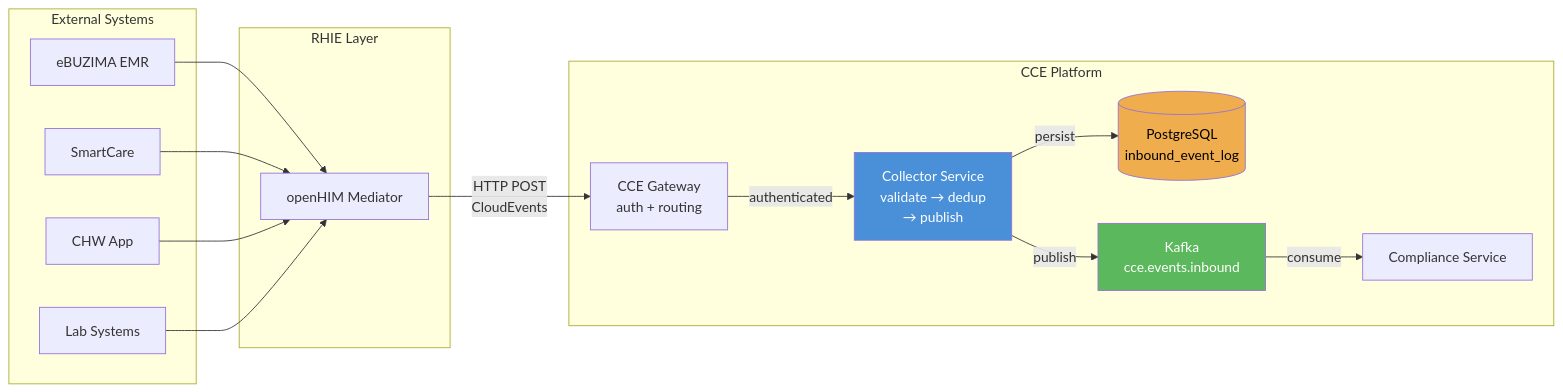
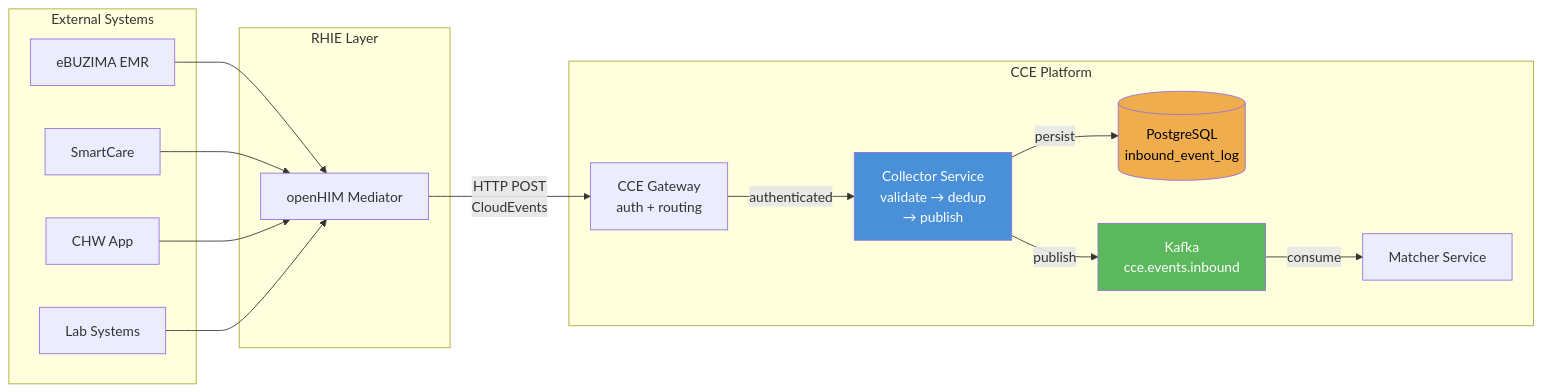
Before and after one commit to Jayaprakash8887/cce-collector-service: the fifth of 7 diagrams in docs/flow-diagrams.md, drawn with Mermaid. The commit also changed 4 other files, not shown here.

First line of the commit message:
Name the Matcher Service as the consumer of cce.events.inbound

````diff
--- a/docs/flow-diagrams.md
+++ b/docs/flow-diagrams.md
@@ -161,35 +161,35 @@
 ```mermaid
 flowchart LR
     subgraph External["External Systems"]
         EMR1[eBUZIMA EMR]
         EMR2[SmartCare]
         CHW[CHW App]
         LAB[Lab Systems]
     end
 
     subgraph RHIE["RHIE Layer"]
         OH[openHIM Mediator]
     end
 
     subgraph CCE["CCE Platform"]
         GW[CCE Gateway<br/>auth + routing]
         CS[Collector Service<br/>validate → dedup<br/>→ publish]
         PG[(PostgreSQL<br/>inbound_event_log)]
         KF[Kafka<br/>cce.events.inbound]
-        COMP[Compliance Service]
+        COMP[Matcher Service]
     end
 
     EMR1 --> OH
     EMR2 --> OH
     CHW --> OH
     LAB --> OH
     OH -->|HTTP POST<br/>CloudEvents| GW
     GW -->|authenticated| CS
     CS -->|persist| PG
     CS -->|publish| KF
     KF -->|consume| COMP
 
     style CS fill:#4a90d9,color:#fff
     style KF fill:#5cb85c,color:#fff
     style PG fill:#f0ad4e,color:#000
 ```
````
